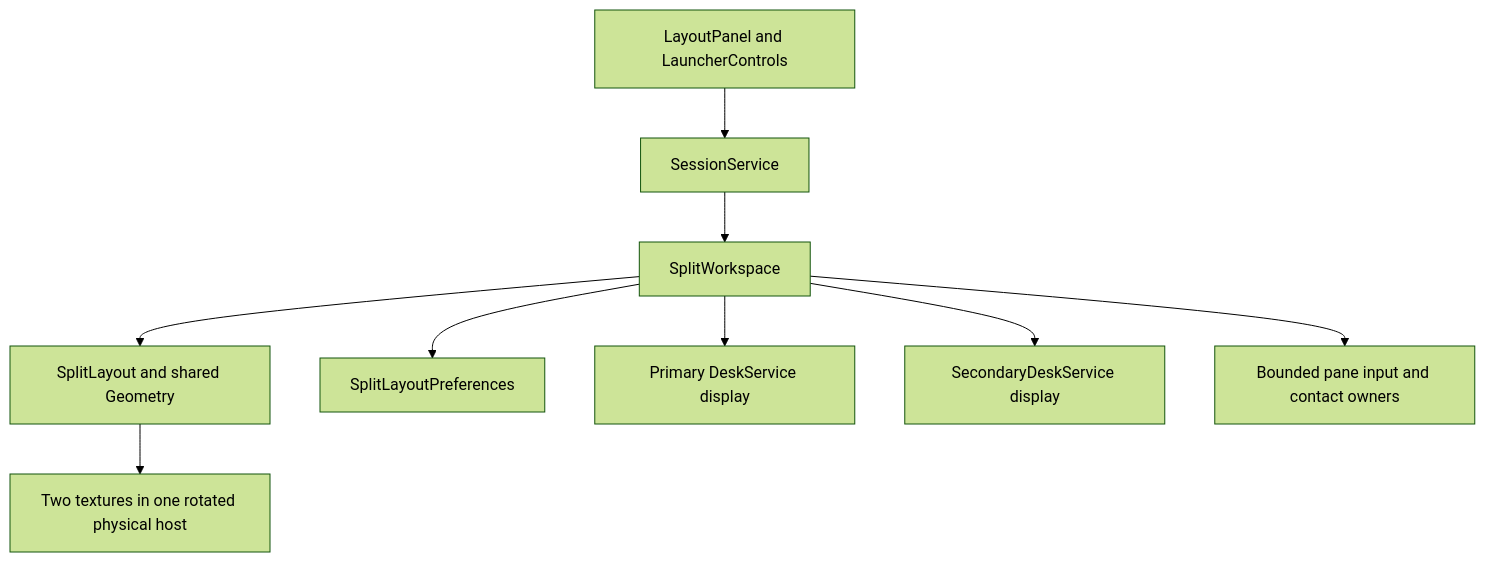
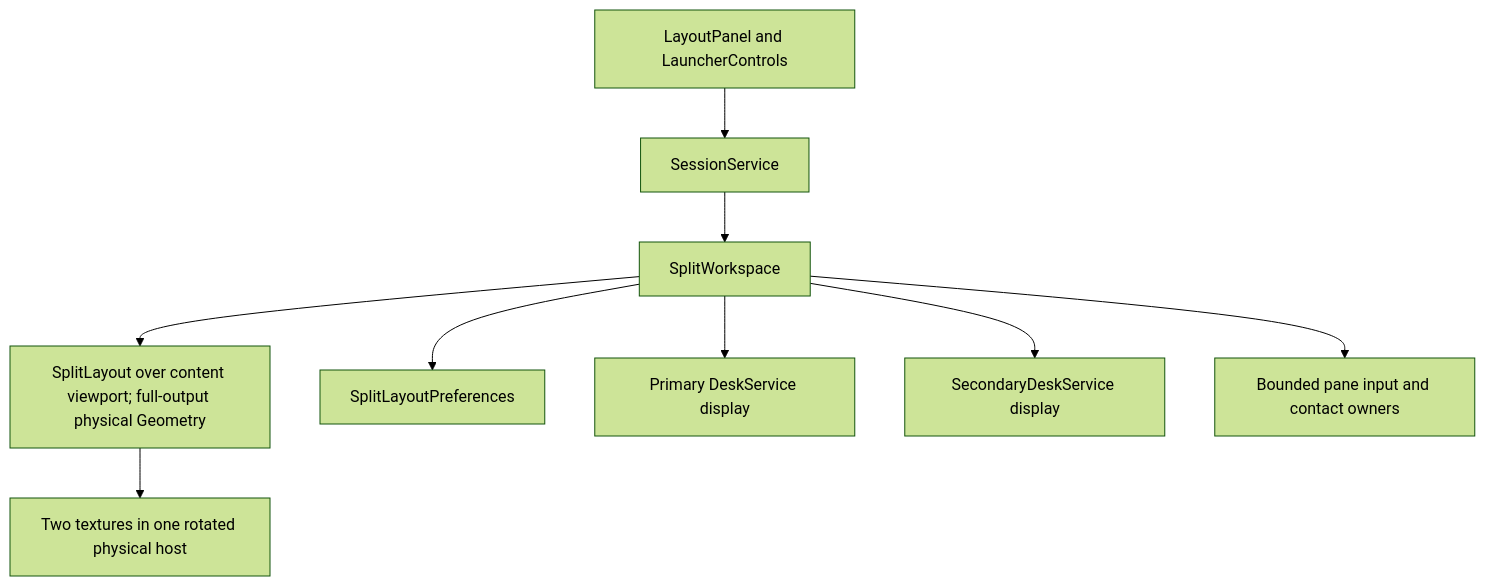
Before and after one commit to PhiLong-Ho/DexDroid: the first of 3 diagrams in docs/architecture/features/split-view.md, drawn with Mermaid (forest theme). The commit also changed other lines of this file and 92 other files, not shown here.

````diff
--- a/docs/architecture/features/split-view.md
+++ b/docs/architecture/features/split-view.md
@@ -14,11 +20,11 @@
 ```mermaid
 flowchart TB
     Shared[LayoutPanel and LauncherControls] --> S[SessionService]
     S --> W[SplitWorkspace]
-    W --> Geometry[SplitLayout and shared Geometry]
+    W --> Geometry[SplitLayout over content viewport; full-output physical Geometry]
     W --> Prefs[SplitLayoutPreferences]
     W --> Primary[Primary DeskService display]
     W --> Secondary[SecondaryDeskService display]
     Geometry --> Host[Two textures in one rotated physical host]
     W --> Input[Bounded pane input and contact owners]
 ```
````
